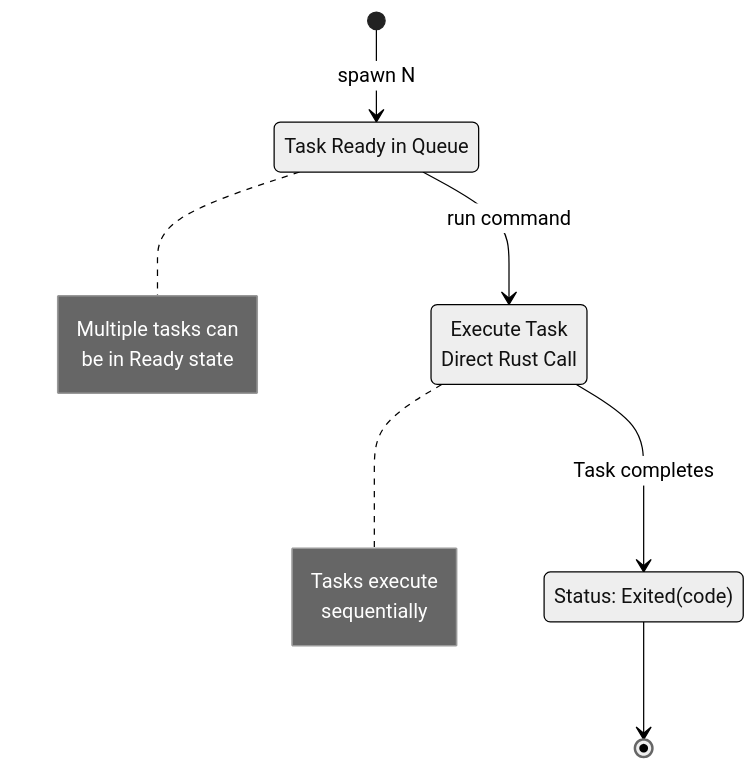
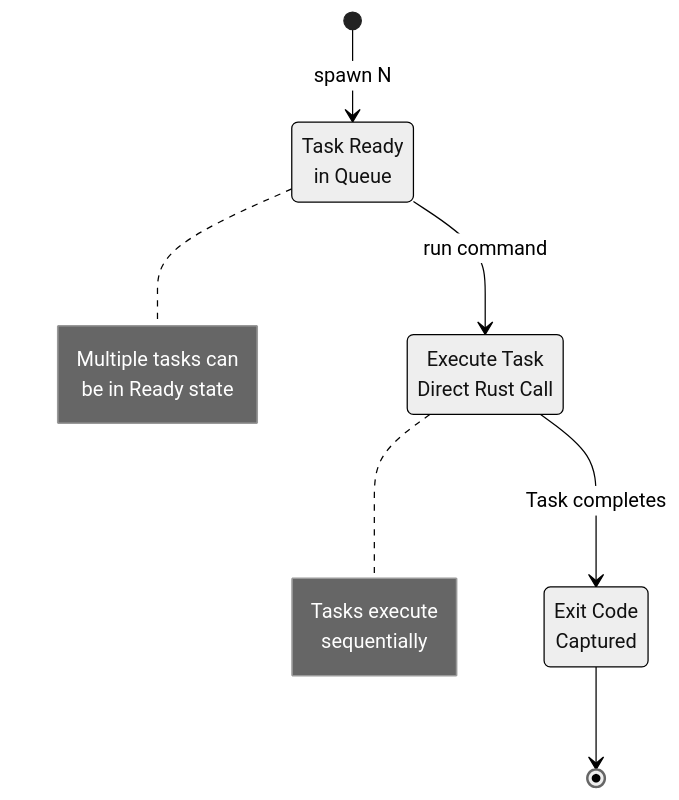
Before and after one commit to gilang-as/orbital: the second of 3 diagrams in README.md, drawn with Mermaid (neutral theme).

Commit message:
fix: Correct Mermaid syntax in Command Flow diagram
- Fixed parse error in stateDiagram-v2 state descriptions
- Removed colon in 'Exited: Status: Exited(code)' which caused parse failure
- Changed to simpler 'Exit Code Captured' description
- Command Flow diagram now renders correctly in GitHub

````diff
--- a/README.md
+++ b/README.md
@@ -141,23 +141,23 @@
 ```mermaid
 stateDiagram-v2
     [*] --> Waiting: spawn N
-    Waiting: Task Ready in Queue
+    Waiting: Task Ready<br/>in Queue
     
     Waiting --> Running: run command
     Running: Execute Task<br/>Direct Rust Call
     
     Running --> Exited: Task completes
-    Exited: Status: Exited(code)
+    Exited: Exit Code<br/>Captured
     
     Exited --> [*]
     
     note right of Waiting
         Multiple tasks can
         be in Ready state
     end note
     
     note right of Running
         Tasks execute
         sequentially
     end note
 ```
````
